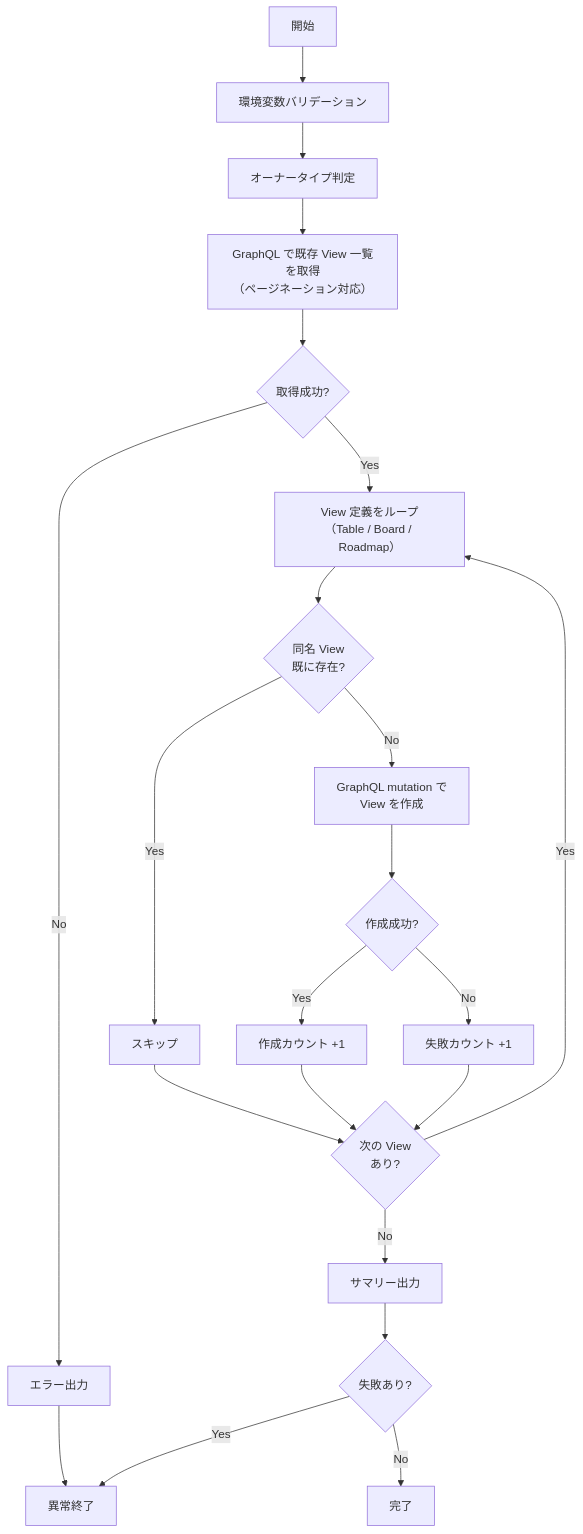
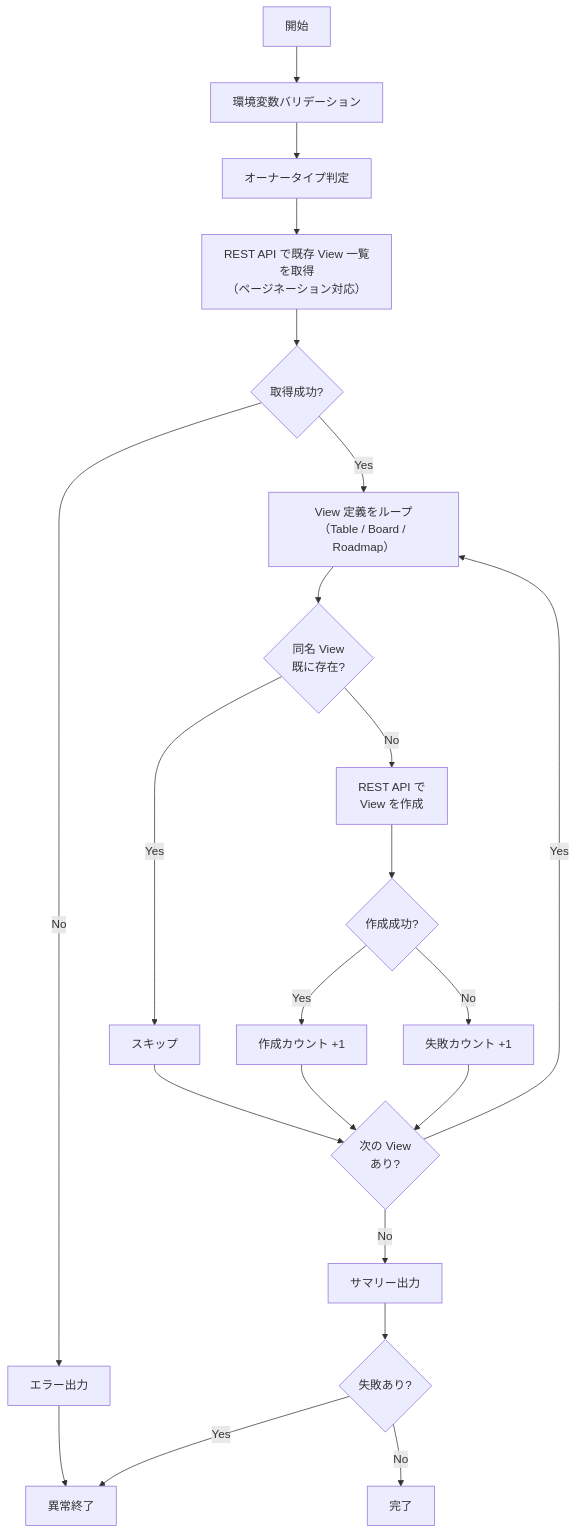
Before and after one commit to lurest-inc/github-starter-kit: the diagram in docs/scripts/create-project-views.md, drawn with Mermaid. The commit also changed other lines of this file and 1 other file, not shown here.

Commit message:
feat: create-project-views.sh を REST API ベースに移行し filter / visible_fields をサポート (#69)

````diff
--- a/docs/scripts/create-project-views.md
+++ b/docs/scripts/create-project-views.md
@@ -22,24 +59,24 @@
 ```mermaid
 flowchart TD
     A["開始"] --> B["環境変数バリデーション"]
     B --> C["オーナータイプ判定"]
-    C --> D["GraphQL で既存 View 一覧を取得\n（ページネーション対応）"]
+    C --> D["REST API で既存 View 一覧を取得\n（ページネーション対応）"]
     D --> E{"取得成功?"}
     E -- "No" --> F["エラー出力"]
     F --> G["異常終了"]
 
     E -- "Yes" --> H["View 定義をループ\n（Table / Board / Roadmap）"]
     H --> I{"同名 View\n既に存在?"}
     I -- "Yes" --> J["スキップ"]
-    I -- "No" --> K["GraphQL mutation で\nView を作成"]
+    I -- "No" --> K["REST API で\nView を作成"]
     K --> L{"作成成功?"}
     L -- "Yes" --> M["作成カウント +1"]
     L -- "No" --> N["失敗カウント +1"]
 
     J & M & N --> O{"次の View\nあり?"}
     O -- "Yes" --> H
     O -- "No" --> P["サマリー出力"]
     P --> Q{"失敗あり?"}
     Q -- "Yes" --> G
     Q -- "No" --> R["完了"]
 ```
````
